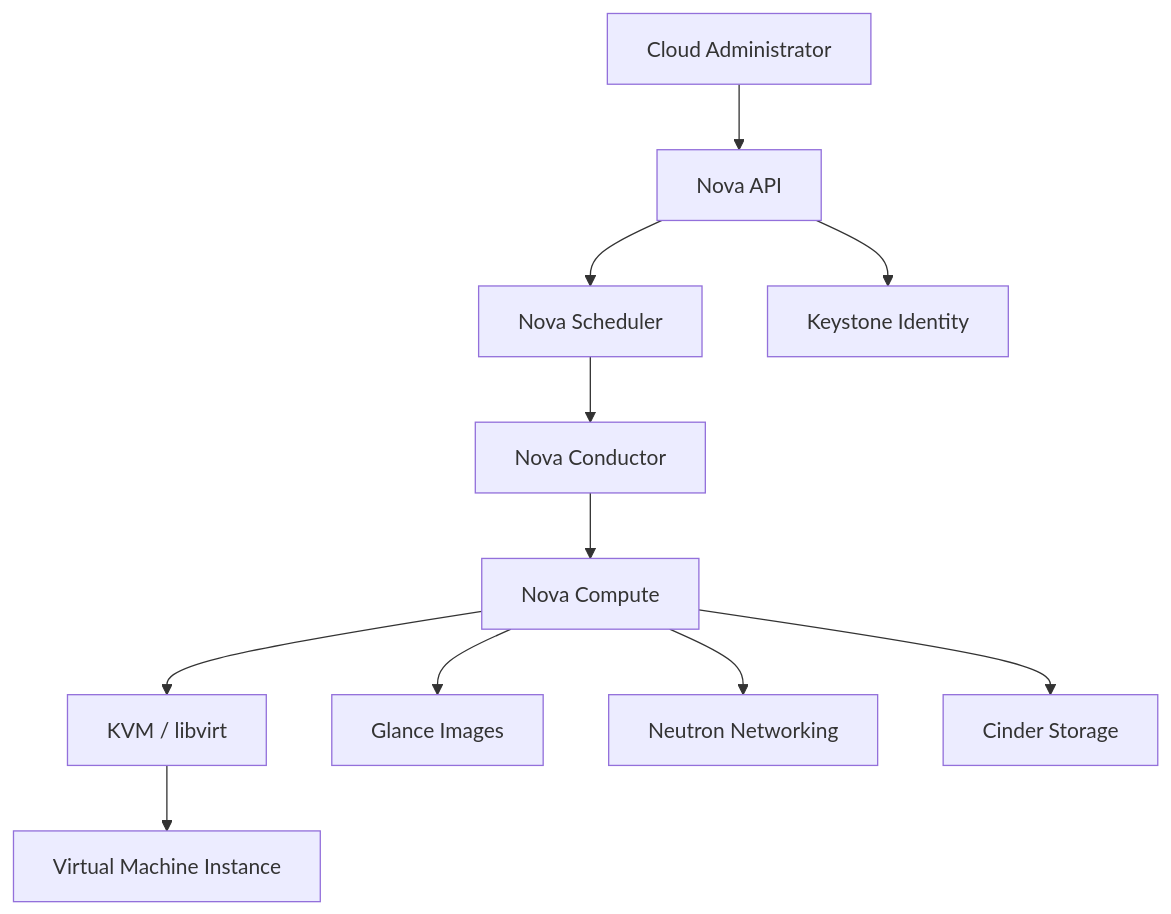
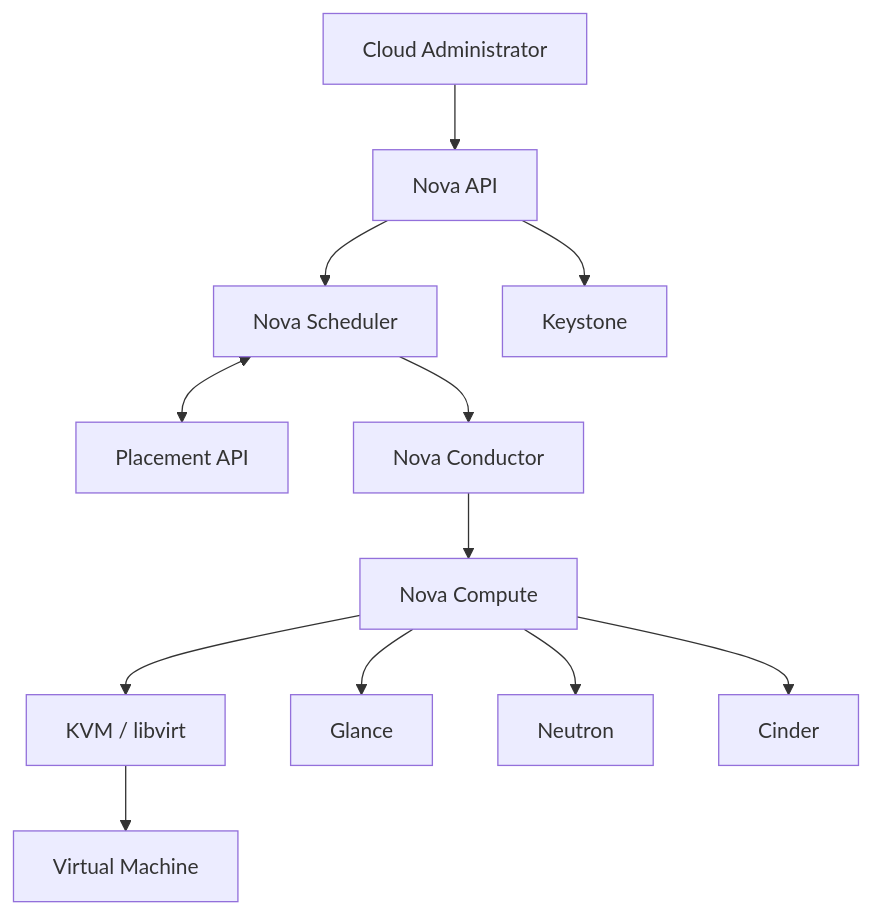
One commit to elahegivi/openstack-private-cloud-lab changed the diagram in docs/nova-compute.md. Above: the diagram before and after it, drawn with Mermaid. The commit also changed other lines of this file, not shown here.

````diff
--- a/docs/nova-compute.md
+++ b/docs/nova-compute.md
@@ -16,27 +14,29 @@
 ```mermaid
 flowchart TD
     USER["Cloud Administrator"]
     API["Nova API"]
     SCH["Nova Scheduler"]
+    PLACE["Placement API"]
     COND["Nova Conductor"]
     COMPUTE["Nova Compute"]
     HYP["KVM / libvirt"]
-    VM["Virtual Machine Instance"]
+    VM["Virtual Machine"]
 
-    KEYSTONE["Keystone Identity"]
-    GLANCE["Glance Images"]
-    NEUTRON["Neutron Networking"]
-    CINDER["Cinder Storage"]
+    KEYSTONE["Keystone"]
+    GLANCE["Glance"]
+    NEUTRON["Neutron"]
+    CINDER["Cinder"]
 
     USER --> API
     API --> KEYSTONE
     API --> SCH
+    SCH <--> PLACE
     SCH --> COND
     COND --> COMPUTE
     COMPUTE --> HYP
     HYP --> VM
 
     COMPUTE --> GLANCE
     COMPUTE --> NEUTRON
     COMPUTE --> CINDER
 ```
````
